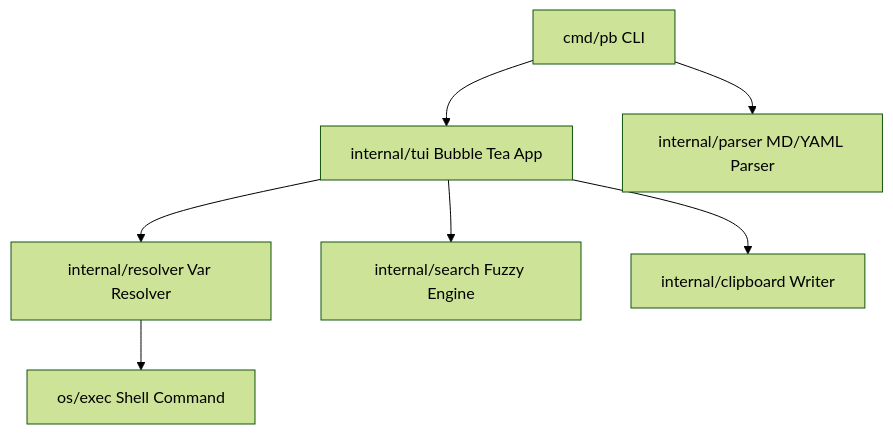
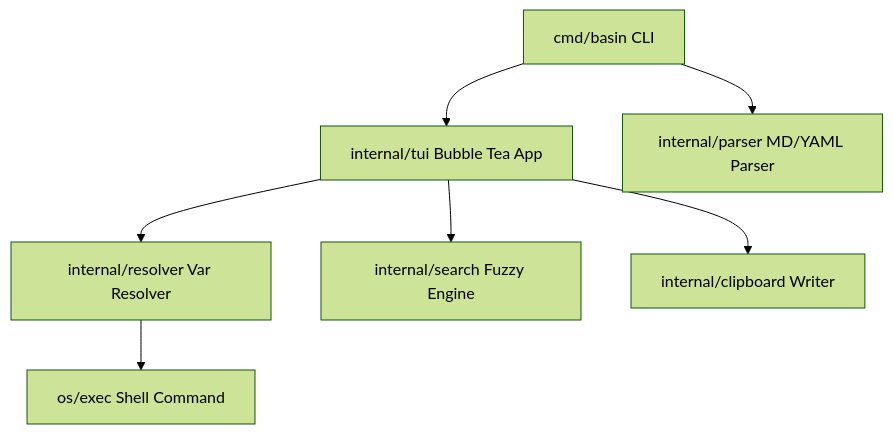
One commit to DarthKoax/basin changed the diagram in PLAN.md. Above: the diagram before and after it, drawn with Mermaid (forest theme). The commit also changed other lines of this file and 14 other files, not shown here.

````diff
--- a/PLAN.md
+++ b/PLAN.md
@@ -11,9 +11,9 @@
 ```mermaid
 graph TD
-    CLI[cmd/pb CLI] --> TUI[internal/tui Bubble Tea App]
+    CLI[cmd/basin CLI] --> TUI[internal/tui Bubble Tea App]
     CLI --> Parser[internal/parser MD/YAML Parser]
     TUI --> Resolver[internal/resolver Var Resolver]
     TUI --> Search[internal/search Fuzzy Engine]
     Resolver --> CmdExec[os/exec Shell Command]
     TUI --> Clipboard[internal/clipboard Writer]
 ```
````
